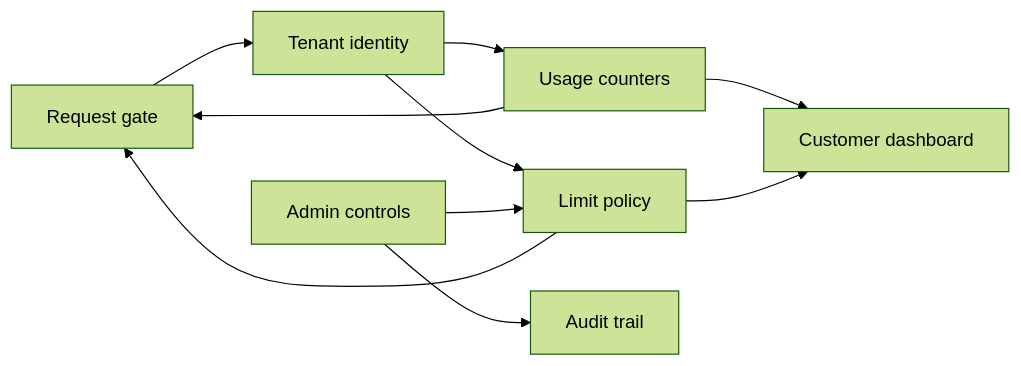
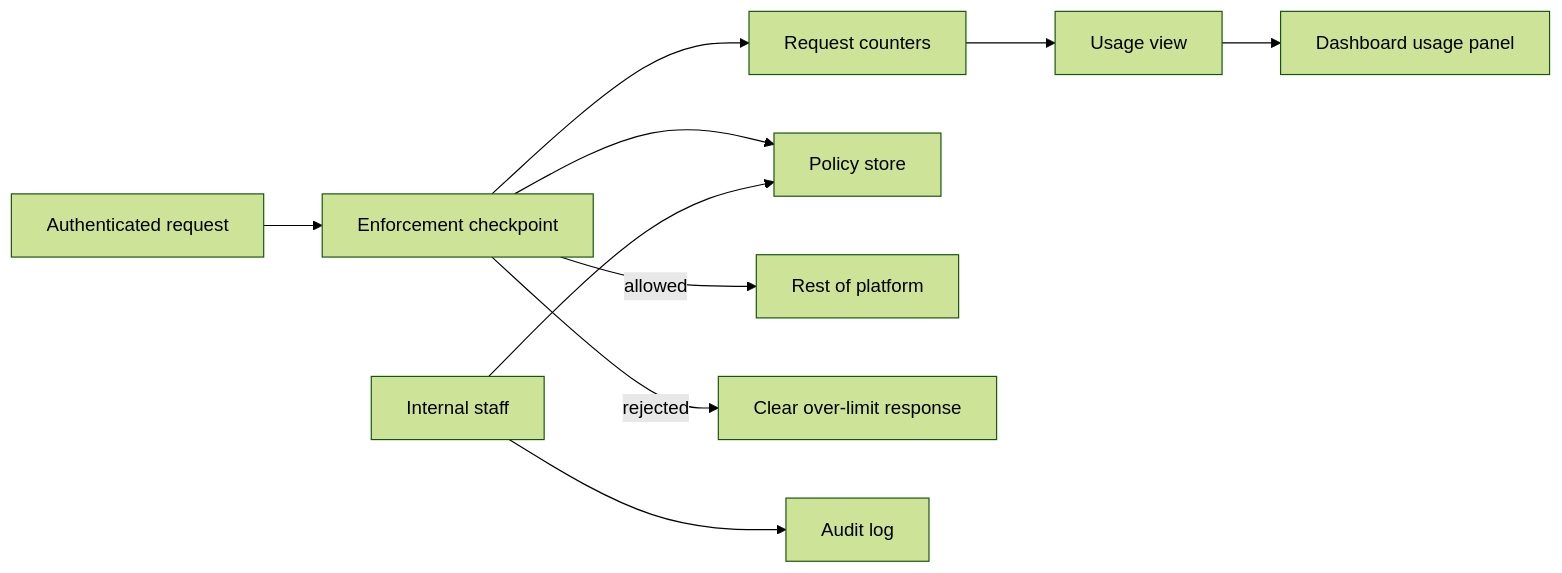
The second of 4 diagrams in examples/specs/001-tenant-rate-limiting/product/20-plan.md (d0whc3r/spec-kit-product), drawn with Mermaid (forest theme) before and after one commit. The commit also changed other lines of this file and 4 other files, not shown here.

````diff
--- a/examples/specs/001-tenant-rate-limiting/product/20-plan.md
+++ b/examples/specs/001-tenant-rate-limiting/product/20-plan.md
@@ -62,12 +62,12 @@
 ```mermaid
 flowchart LR
-    RequestGate[Request gate] --> TenantIdentity[Tenant identity]
-    TenantIdentity --> LimitPolicy[Limit policy]
-    TenantIdentity --> UsageCounters[Usage counters]
-    LimitPolicy --> RequestGate
-    UsageCounters --> RequestGate
-    AdminControls[Admin controls] --> LimitPolicy
-    AdminControls --> AuditTrail[Audit trail]
-    UsageCounters --> CustomerDashboard[Customer dashboard]
-    LimitPolicy --> CustomerDashboard
+    Req[Authenticated request] --> Check[Enforcement checkpoint]
+    Check --> Counters[Request counters]
+    Check --> Policy[Policy store]
+    Check -->|allowed| Platform[Rest of platform]
+    Check -->|rejected| Resp[Clear over-limit response]
+    Staff[Internal staff] --> Policy
+    Staff --> Audit[Audit log]
+    Counters --> Usage[Usage view]
+    Usage --> Panel[Dashboard usage panel]
 ```
````
